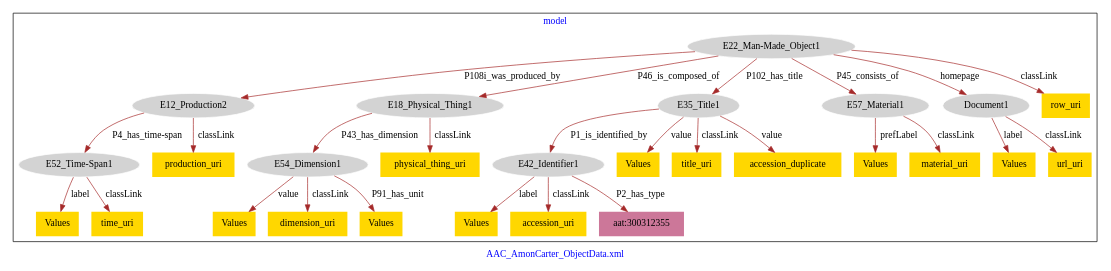
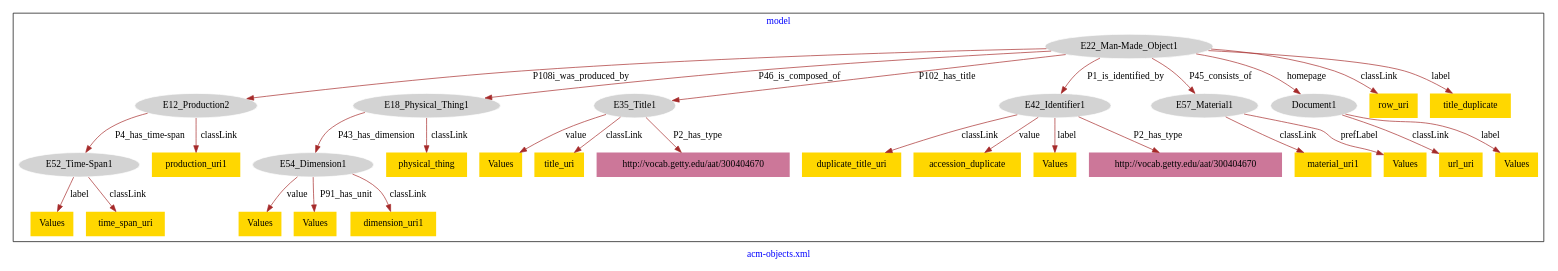
The diagram in acm-objects/acm-objects-model.dot (american-art/acm), drawn with Graphviz before and after one commit.

Commit message:
Update file acm-objects-model.dot

```diff
--- a/acm-objects/acm-objects-model.dot
+++ b/acm-objects/acm-objects-model.dot
@@ -1,61 +1,65 @@
 digraph n0 {
 fontcolor="blue"
 remincross="true"
-label="AAC_AmonCarter_ObjectData.xml"
+label="acm-objects.xml"
 subgraph cluster {
 label="model"
 n2[style="filled",color="white",fillcolor="lightgray",label="E12_Production2"];
 n3[style="filled",color="white",fillcolor="lightgray",label="E52_Time-Span1"];
 n4[style="filled",color="white",fillcolor="lightgray",label="E18_Physical_Thing1"];
 n5[style="filled",color="white",fillcolor="lightgray",label="E54_Dimension1"];
 n6[style="filled",color="white",fillcolor="lightgray",label="E22_Man-Made_Object1"];
 n7[style="filled",color="white",fillcolor="lightgray",label="E35_Title1"];
-n8[style="filled",color="white",fillcolor="lightgray",label="E57_Material1"];
-n9[style="filled",color="white",fillcolor="lightgray",label="Document1"];
-n10[style="filled",color="white",fillcolor="lightgray",label="E42_Identifier1"];
+n8[style="filled",color="white",fillcolor="lightgray",label="E42_Identifier1"];
+n9[style="filled",color="white",fillcolor="lightgray",label="E57_Material1"];
+n10[style="filled",color="white",fillcolor="lightgray",label="Document1"];
 n11[shape="plaintext",style="filled",fillcolor="gold",label="row_uri"];
-n12[shape="plaintext",style="filled",fillcolor="gold",label="Values"];
+n12[shape="plaintext",style="filled",fillcolor="gold",label="duplicate_title_uri"];
 n13[shape="plaintext",style="filled",fillcolor="gold",label="Values"];
-n14[shape="plaintext",style="filled",fillcolor="gold",label="dimension_uri"];
-n15[shape="plaintext",style="filled",fillcolor="gold",label="Values"];
-n16[shape="plaintext",style="filled",fillcolor="gold",label="production_uri"];
-n17[shape="plaintext",style="filled",fillcolor="gold",label="Values"];
-n18[shape="plaintext",style="filled",fillcolor="gold",label="time_uri"];
-n19[shape="plaintext",style="filled",fillcolor="gold",label="Values"];
-n20[shape="plaintext",style="filled",fillcolor="gold",label="physical_thing_uri"];
-n21[shape="plaintext",style="filled",fillcolor="gold",label="accession_uri"];
-n22[shape="plaintext",style="filled",fillcolor="gold",label="title_uri"];
+n14[shape="plaintext",style="filled",fillcolor="gold",label="time_span_uri"];
+n15[shape="plaintext",style="filled",fillcolor="gold",label="accession_duplicate"];
+n16[shape="plaintext",style="filled",fillcolor="gold",label="url_uri"];
+n17[shape="plaintext",style="filled",fillcolor="gold",label="production_uri1"];
+n18[shape="plaintext",style="filled",fillcolor="gold",label="Values"];
+n19[shape="plaintext",style="filled",fillcolor="gold",label="title_duplicate"];
+n20[shape="plaintext",style="filled",fillcolor="gold",label="material_uri1"];
+n21[shape="plaintext",style="filled",fillcolor="gold",label="Values"];
+n22[shape="plaintext",style="filled",fillcolor="gold",label="Values"];
 n23[shape="plaintext",style="filled",fillcolor="gold",label="Values"];
 n24[shape="plaintext",style="filled",fillcolor="gold",label="Values"];
-n25[shape="plaintext",style="filled",fillcolor="gold",label="url_uri"];
-n26[shape="plaintext",style="filled",fillcolor="gold",label="material_uri"];
-n27[shape="plaintext",style="filled",fillcolor="gold",label="accession_duplicate"];
-n28[shape="plaintext",style="filled",fillcolor="#CC7799",label="aat:300312355"];
+n25[shape="plaintext",style="filled",fillcolor="gold",label="dimension_uri1"];
+n26[shape="plaintext",style="filled",fillcolor="gold",label="Values"];
+n27[shape="plaintext",style="filled",fillcolor="gold",label="physical_thing"];
+n28[shape="plaintext",style="filled",fillcolor="gold",label="title_uri"];
+n29[shape="plaintext",style="filled",fillcolor="#CC7799",label="http://vocab.getty.edu/aat/300404670"];
+n30[shape="plaintext",style="filled",fillcolor="#CC7799",label="http://vocab.getty.edu/aat/300404670"];
 }
 n2 -> n3[color="brown",fontcolor="black",label="P4_has_time-span"]
 n4 -> n5[color="brown",fontcolor="black",label="P43_has_dimension"]
 n6 -> n2[color="brown",fontcolor="black",label="P108i_was_produced_by"]
 n6 -> n4[color="brown",fontcolor="black",label="P46_is_composed_of"]
 n6 -> n7[color="brown",fontcolor="black",label="P102_has_title"]
-n6 -> n8[color="brown",fontcolor="black",label="P45_consists_of"]
-n6 -> n9[color="brown",fontcolor="black",label="homepage"]
-n7 -> n10[color="brown",fontcolor="black",label="P1_is_identified_by"]
+n6 -> n8[color="brown",fontcolor="black",label="P1_is_identified_by"]
+n6 -> n9[color="brown",fontcolor="black",label="P45_consists_of"]
+n6 -> n10[color="brown",fontcolor="black",label="homepage"]
 n6 -> n11[color="brown",fontcolor="black",label="classLink"]
-n5 -> n12[color="brown",fontcolor="black",label="value"]
-n9 -> n13[color="brown",fontcolor="black",label="label"]
-n5 -> n14[color="brown",fontcolor="black",label="classLink"]
-n7 -> n15[color="brown",fontcolor="black",label="value"]
-n2 -> n16[color="brown",fontcolor="black",label="classLink"]
-n3 -> n17[color="brown",fontcolor="black",label="label"]
-n3 -> n18[color="brown",fontcolor="black",label="classLink"]
-n10 -> n19[color="brown",fontcolor="black",label="label"]
-n4 -> n20[color="brown",fontcolor="black",label="classLink"]
-n10 -> n21[color="brown",fontcolor="black",label="classLink"]
-n7 -> n22[color="brown",fontcolor="black",label="classLink"]
-n8 -> n23[color="brown",fontcolor="black",label="prefLabel"]
-n5 -> n24[color="brown",fontcolor="black",label="P91_has_unit"]
-n9 -> n25[color="brown",fontcolor="black",label="classLink"]
-n8 -> n26[color="brown",fontcolor="black",label="classLink"]
-n7 -> n27[color="brown",fontcolor="black",label="value"]
-n10 -> n28[color="brown",fontcolor="black",label="P2_has_type"]
+n8 -> n12[color="brown",fontcolor="black",label="classLink"]
+n3 -> n13[color="brown",fontcolor="black",label="label"]
+n3 -> n14[color="brown",fontcolor="black",label="classLink"]
+n8 -> n15[color="brown",fontcolor="black",label="value"]
+n10 -> n16[color="brown",fontcolor="black",label="classLink"]
+n2 -> n17[color="brown",fontcolor="black",label="classLink"]
+n10 -> n18[color="brown",fontcolor="black",label="label"]
+n6 -> n19[color="brown",fontcolor="black",label="label"]
+n9 -> n20[color="brown",fontcolor="black",label="classLink"]
+n5 -> n21[color="brown",fontcolor="black",label="value"]
+n5 -> n22[color="brown",fontcolor="black",label="P91_has_unit"]
+n9 -> n23[color="brown",fontcolor="black",label="prefLabel"]
+n8 -> n24[color="brown",fontcolor="black",label="label"]
+n5 -> n25[color="brown",fontcolor="black",label="classLink"]
+n7 -> n26[color="brown",fontcolor="black",label="value"]
+n4 -> n27[color="brown",fontcolor="black",label="classLink"]
+n7 -> n28[color="brown",fontcolor="black",label="classLink"]
+n7 -> n29[color="brown",fontcolor="black",label="P2_has_type"]
+n8 -> n30[color="brown",fontcolor="black",label="P2_has_type"]
 }
```
